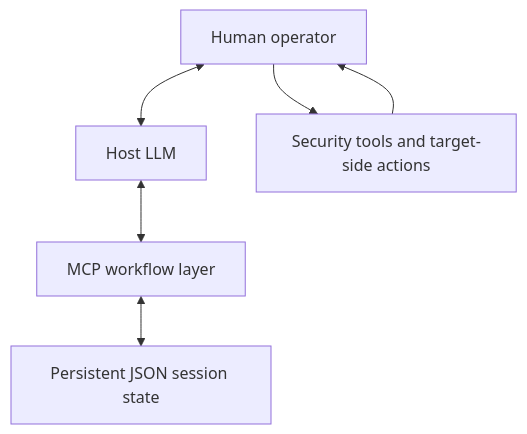
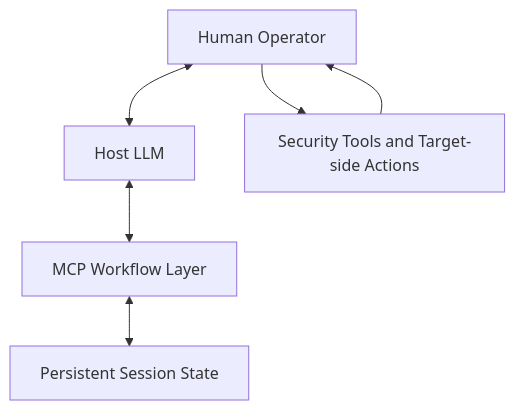
One commit to AuroraShie/human-in-the-loop-mcp-security-workflow changed the second of 2 diagrams in README.md. Above: the diagram before and after it, drawn with Mermaid. The commit also changed other lines of this file, not shown here.

Commit message:
docs: refine security workflow positioning

````diff
--- a/README.md
+++ b/README.md
@@ -38,8 +107,8 @@
 ```mermaid
 flowchart TB
-    H[Human operator] <--> L[Host LLM]
-    L <--> M[MCP workflow layer]
-    M <--> S[Persistent JSON session state]
-    H --> T[Security tools and target-side actions]
+    H[Human Operator] <--> L[Host LLM]
+    L <--> M[MCP Workflow Layer]
+    M <--> S[Persistent Session State]
+    H --> T[Security Tools and Target-side Actions]
     T --> H
 ```
````
